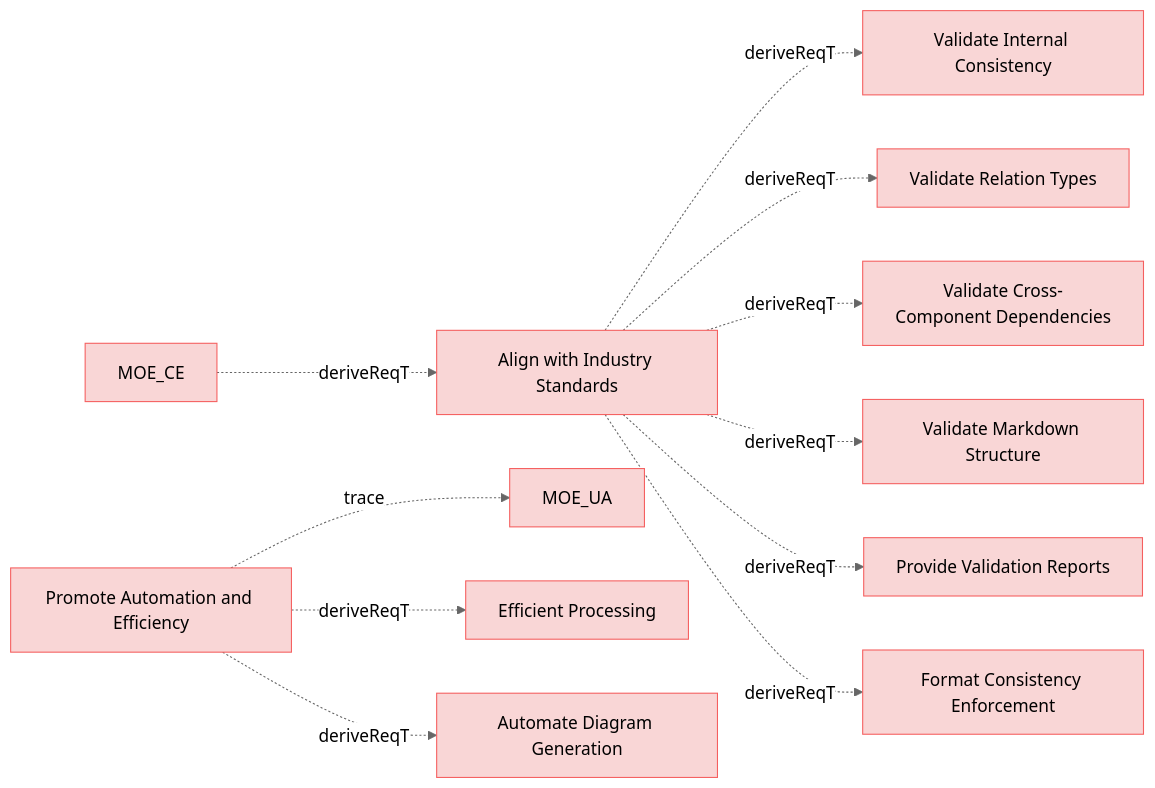
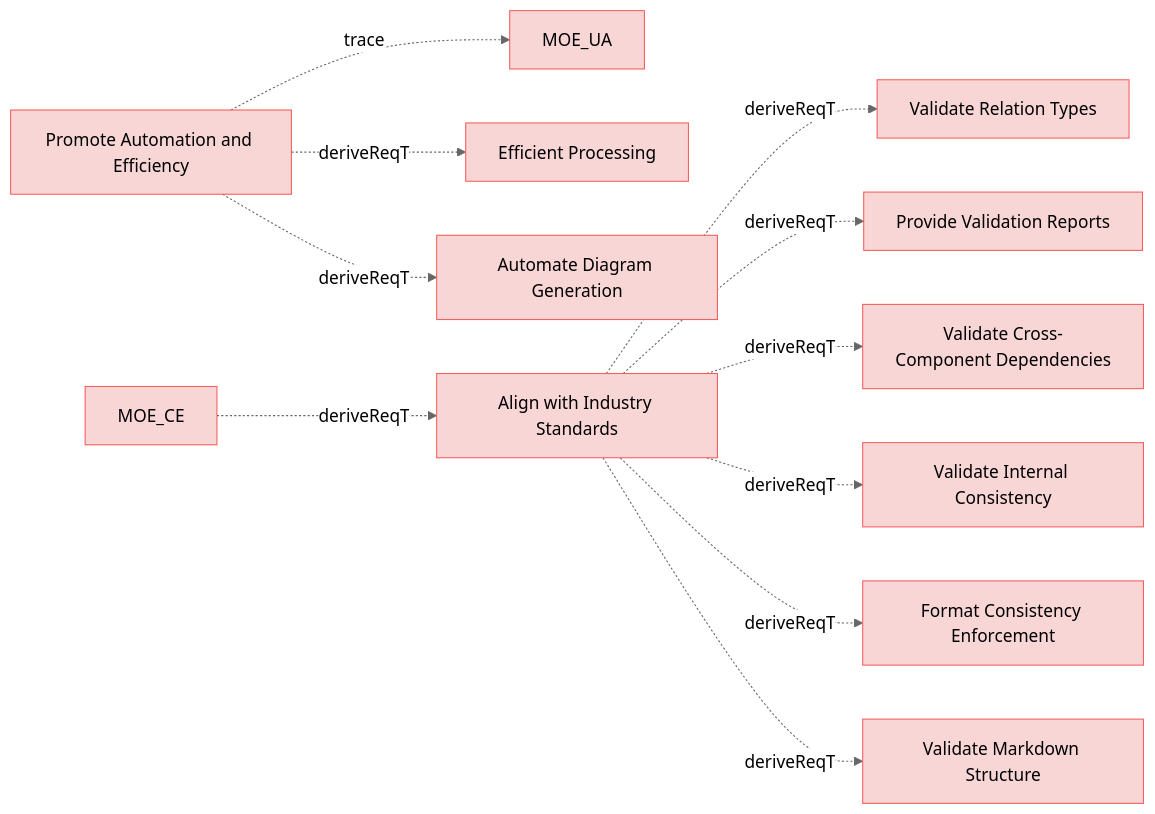
One commit to reqvire-org/reqvire changed the diagram in specifications/MissionRequirements.md. Above: the diagram before and after it, drawn with Mermaid (neutral theme). The commit also changed other lines of this file and 59 other files, not shown here.

````diff
--- a/specifications/MissionRequirements.md
+++ b/specifications/MissionRequirements.md
@@ -5,56 +5,56 @@
 ```mermaid
 graph LR;
   %% REQVIRE-AUTOGENERATED-DIAGRAM
   %% Graph styling
   classDef requirement fill:#f9d6d6,stroke:#f55f5f,stroke-width:1px;
   classDef verification fill:#d6f9d6,stroke:#5fd75f,stroke-width:1px;
   classDef externalLink fill:#d0e0ff,stroke:#3080ff,stroke-width:1px;
   classDef default fill:#f5f5f5,stroke:#333333,stroke-width:1px;
 
-  b74eec7ed767e7c["Align with Industry Standards"];
-  class b74eec7ed767e7c requirement;
-  click b74eec7ed767e7c "MissionRequirements.md#align-with-industry-standards";
-  c50887ce89be280a["Validate Internal Consistency"];
-  class c50887ce89be280a requirement;
-  click c50887ce89be280a "UserRequirements.md#validate-internal-consistency";
-  b74eec7ed767e7c -.->|deriveReqT| c50887ce89be280a;
-  f25cbfbca6d6d92e["Validate Relation Types"];
-  class f25cbfbca6d6d92e requirement;
-  click f25cbfbca6d6d92e "UserRequirements.md#validate-relation-types";
-  b74eec7ed767e7c -.->|deriveReqT| f25cbfbca6d6d92e;
-  3bd9d29239564eeb["Validate Cross-Component Dependencies"];
-  class 3bd9d29239564eeb requirement;
-  click 3bd9d29239564eeb "UserRequirements.md#validate-cross-component-dependencies";
-  b74eec7ed767e7c -.->|deriveReqT| 3bd9d29239564eeb;
-  586b073cd97908da["Validate Markdown Structure"];
-  class 586b073cd97908da requirement;
-  click 586b073cd97908da "UserRequirements.md#validate-markdown-structure";
-  b74eec7ed767e7c -.->|deriveReqT| 586b073cd97908da;
-  ed31b6bed1cde2f8["Provide Validation Reports"];
-  class ed31b6bed1cde2f8 requirement;
-  click ed31b6bed1cde2f8 "UserRequirements.md#provide-validation-reports";
-  b74eec7ed767e7c -.->|deriveReqT| ed31b6bed1cde2f8;
-  974ccf933675ef44["Format Consistency Enforcement"];
-  class 974ccf933675ef44 requirement;
-  click 974ccf933675ef44 "UserRequirements.md#format-consistency-enforcement";
-  b74eec7ed767e7c -.->|deriveReqT| 974ccf933675ef44;
   80166c5161b33956["Promote Automation and Efficiency"];
   class 80166c5161b33956 requirement;
   click 80166c5161b33956 "MissionRequirements.md#promote-automation-and-efficiency";
   2c5f30f14e792200["MOE_UA"];
   class 2c5f30f14e792200 requirement;
   click 2c5f30f14e792200 "MOEs.md#moe_ua";
   80166c5161b33956 -.->|trace| 2c5f30f14e792200;
   d193d11c43776bec["Efficient Processing"];
   class d193d11c43776bec requirement;
   click d193d11c43776bec "ManagingMbseModelsRequirements.md#efficient-processing";
   80166c5161b33956 -.->|deriveReqT| d193d11c43776bec;
   98a581084d5542fa["Automate Diagram Generation"];
   class 98a581084d5542fa requirement;
   click 98a581084d5542fa "UserRequirements.md#automate-diagram-generation";
   80166c5161b33956 -.->|deriveReqT| 98a581084d5542fa;
+  b74eec7ed767e7c["Align with Industry Standards"];
+  class b74eec7ed767e7c requirement;
+  click b74eec7ed767e7c "MissionRequirements.md#align-with-industry-standards";
+  f25cbfbca6d6d92e["Validate Relation Types"];
+  class f25cbfbca6d6d92e requirement;
+  click f25cbfbca6d6d92e "UserRequirements.md#validate-relation-types";
+  b74eec7ed767e7c -.->|deriveReqT| f25cbfbca6d6d92e;
+  ed31b6bed1cde2f8["Provide Validation Reports"];
+  class ed31b6bed1cde2f8 requirement;
+  click ed31b6bed1cde2f8 "UserRequirements.md#provide-validation-reports";
+  b74eec7ed767e7c -.->|deriveReqT| ed31b6bed1cde2f8;
+  3bd9d29239564eeb["Validate Cross-Component Dependencies"];
+  class 3bd9d29239564eeb requirement;
+  click 3bd9d29239564eeb "UserRequirements.md#validate-cross-component-dependencies";
+  b74eec7ed767e7c -.->|deriveReqT| 3bd9d29239564eeb;
+  c50887ce89be280a["Validate Internal Consistency"];
+  class c50887ce89be280a requirement;
+  click c50887ce89be280a "UserRequirements.md#validate-internal-consistency";
+  b74eec7ed767e7c -.->|deriveReqT| c50887ce89be280a;
+  974ccf933675ef44["Format Consistency Enforcement"];
+  class 974ccf933675ef44 requirement;
+  click 974ccf933675ef44 "UserRequirements.md#format-consistency-enforcement";
+  b74eec7ed767e7c -.->|deriveReqT| 974ccf933675ef44;
+  586b073cd97908da["Validate Markdown Structure"];
+  class 586b073cd97908da requirement;
+  click 586b073cd97908da "UserRequirements.md#validate-markdown-structure";
+  b74eec7ed767e7c -.->|deriveReqT| 586b073cd97908da;
   e9ad540a6411a0fc["MOE_CE"];
   class e9ad540a6411a0fc requirement;
   click e9ad540a6411a0fc "MOEs.md#moe_ce";
   e9ad540a6411a0fc -.->|deriveReqT| b74eec7ed767e7c;
 ```
````
